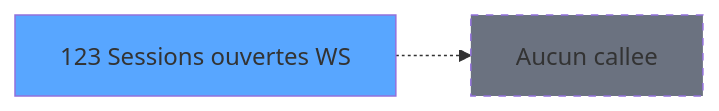
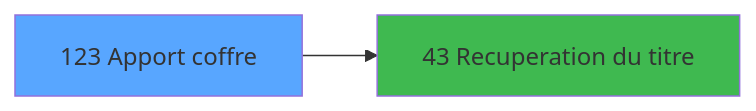
Before and after one commit to thonyAGP/lecteur-magic: the third of 3 diagrams in .openspec/specs/ADH-IDE-123.md, drawn with Mermaid. The commit also changed other lines of this file and 493 other files, not shown here.

````diff
--- a/.openspec/specs/ADH-IDE-123.md
+++ b/.openspec/specs/ADH-IDE-123.md
@@ -163,8 +309,8 @@
 ```mermaid
 graph LR
-    T123[123 Sessions ouvertes WS]
+    T123[123 Apport coffre]
     style T123 fill:#58a6ff
-    NONE[Aucun callee]
-    T123 -.-> NONE
-    style NONE fill:#6b7280,stroke-dasharray: 5 5
+    C43[43 Recuperation du titre]
+    T123 --> C43
+    style C43 fill:#3fb950
 ```
````
